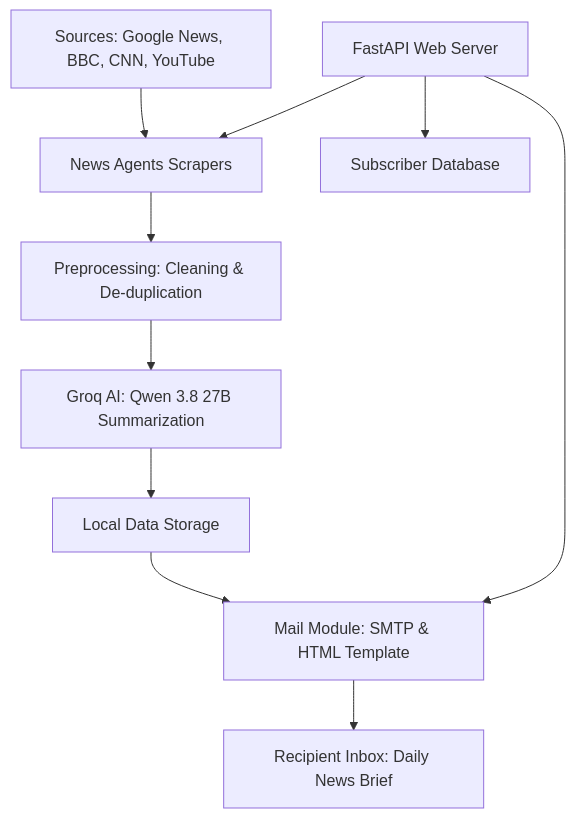
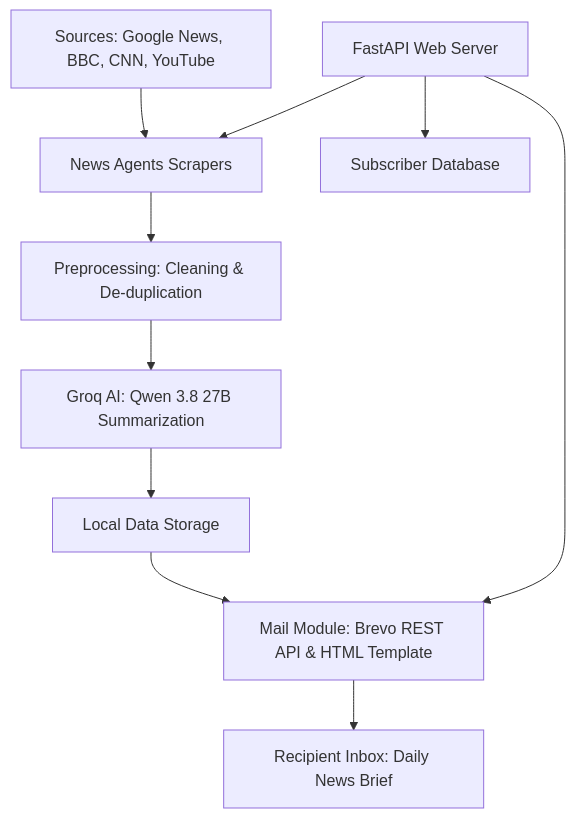
The diagram in README.md (harivardhan888/AI-Powered-Daily-News-Agent), drawn with Mermaid before and after one commit. The commit also changed other lines of this file and 1 other file, not shown here.

Commit message:
Switch to Brevo REST API to bypass Render SMTP block

````diff
--- a/README.md
+++ b/README.md
@@ -11,13 +11,13 @@
 ```mermaid
 graph TD
     A[Sources: Google News, BBC, CNN, YouTube] --> B[News Agents Scrapers]
     B --> C[Preprocessing: Cleaning & De-duplication]
     C --> D[Groq AI: Qwen 3.8 27B Summarization]
     D --> E[Local Data Storage]
-    E --> F[Mail Module: SMTP & HTML Template]
+    E --> F[Mail Module: Brevo REST API & HTML Template]
     F --> G[Recipient Inbox: Daily News Brief]
     
     I[FastAPI Web Server] --> B
     I --> F
     I --> H[Subscriber Database]
 ```
````
